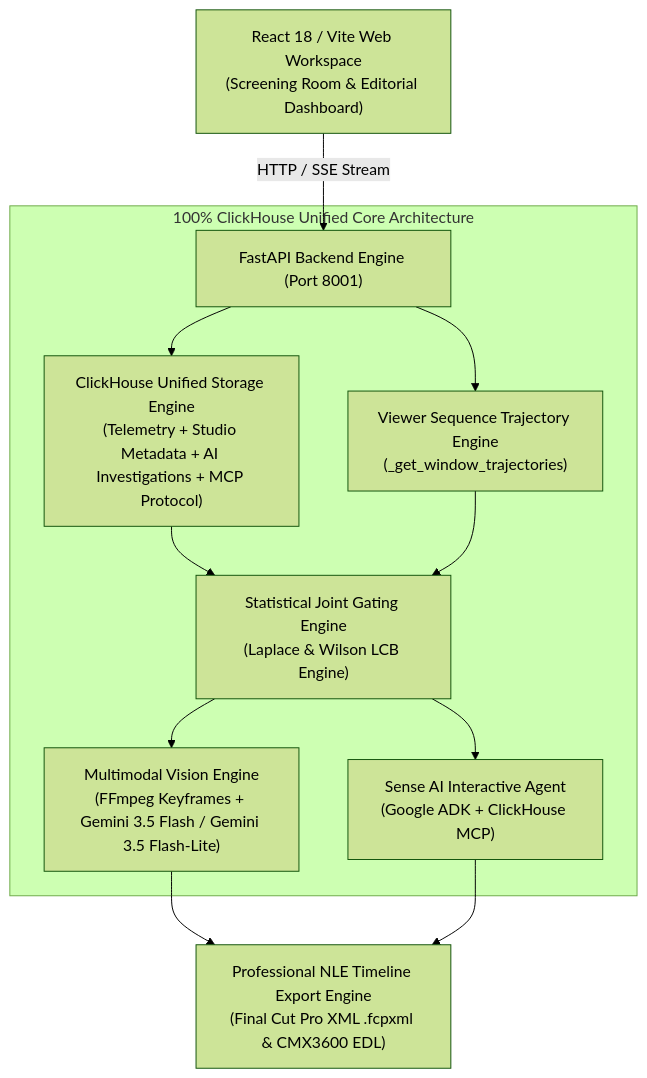
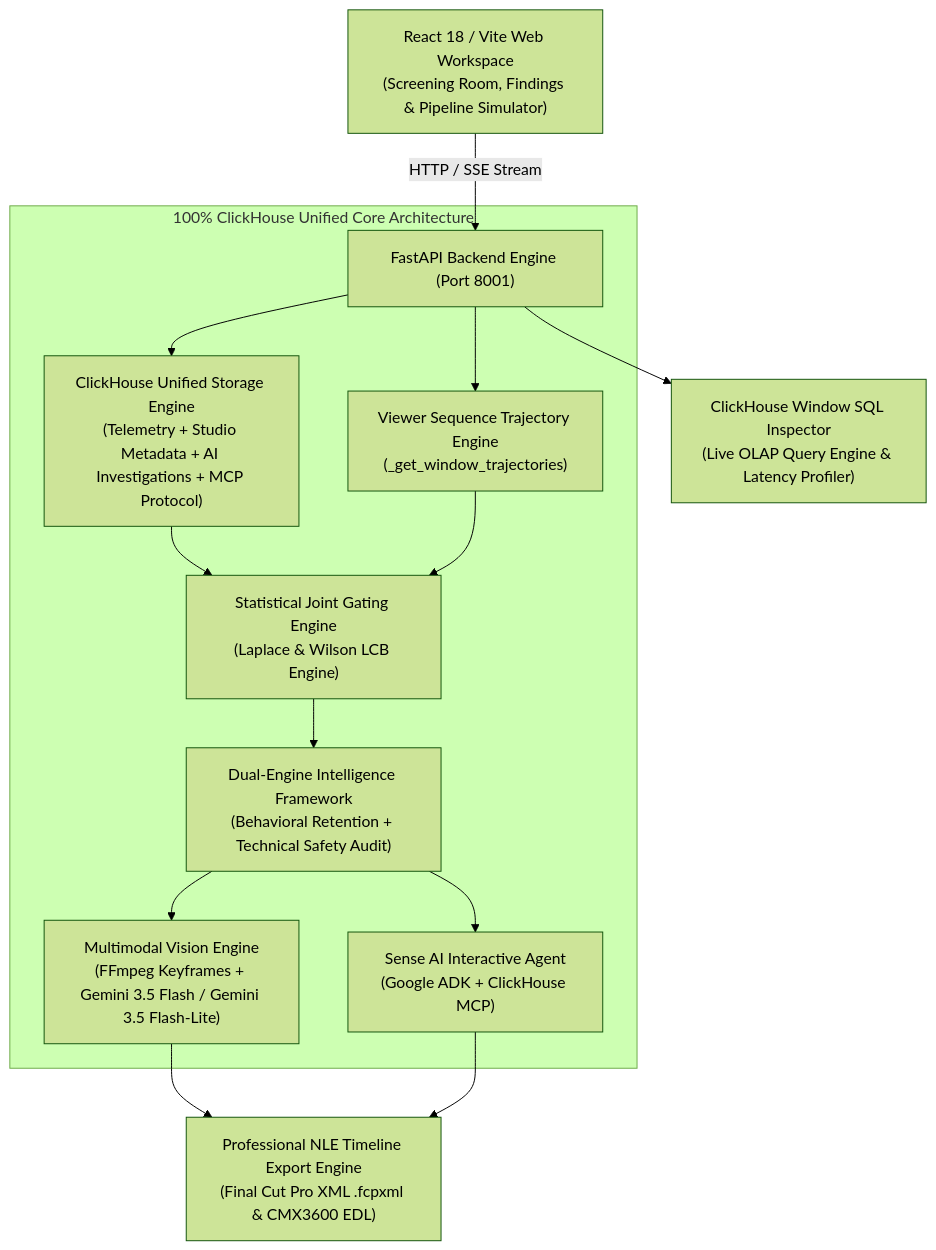
Before and after one commit to Supan-Roy/Frame-Sense: the diagram in README.md, drawn with Mermaid (forest theme). The commit also changed other lines of this file and 10 other files, not shown here.

Commit message:
feat(inspector): add ClickHouse SQL window inspector modal and update technical safety documentation

````diff
--- a/README.md
+++ b/README.md
@@ -29,16 +33,18 @@
 ```mermaid
 graph TD
-    UI["React 18 / Vite Web Workspace<br/>(Screening Room & Editorial Dashboard)"] -->|HTTP / SSE Stream| API["FastAPI Backend Engine (Port 8001)"]
+    UI["React 18 / Vite Web Workspace<br/>(Screening Room, Findings & Pipeline Simulator)"] -->|HTTP / SSE Stream| API["FastAPI Backend Engine (Port 8001)"]
 
     subgraph Core ["100% ClickHouse Unified Core Architecture"]
         API --> CH["ClickHouse Unified Storage Engine<br/>(Telemetry + Studio Metadata + AI Investigations + MCP Protocol)"]
         API --> TRAJ["Viewer Sequence Trajectory Engine<br/>(_get_window_trajectories)"]
         CH --> GATE["Statistical Joint Gating Engine<br/>(Laplace & Wilson LCB Engine)"]
         TRAJ --> GATE
-        GATE --> VIS["Multimodal Vision Engine<br/>(FFmpeg Keyframes + Gemini 3.5 Flash / Gemini 3.5 Flash-Lite)"]
-        GATE --> CHAT["Sense AI Interactive Agent<br/>(Google ADK + ClickHouse MCP)"]
+        GATE --> DUAL["Dual-Engine Intelligence Framework<br/>(Behavioral Retention + Technical Safety Audit)"]
+        DUAL --> VIS["Multimodal Vision Engine<br/>(FFmpeg Keyframes + Gemini 3.5 Flash / Gemini 3.5 Flash-Lite)"]
+        DUAL --> CHAT["Sense AI Interactive Agent<br/>(Google ADK + ClickHouse MCP)"]
     end
 
+    API --> INSP["ClickHouse Window SQL Inspector<br/>(Live OLAP Query Engine & Latency Profiler)"]
     VIS --> NLE["Professional NLE Timeline Export Engine<br/>(Final Cut Pro XML .fcpxml & CMX3600 EDL)"]
     CHAT --> NLE
 ```
````
